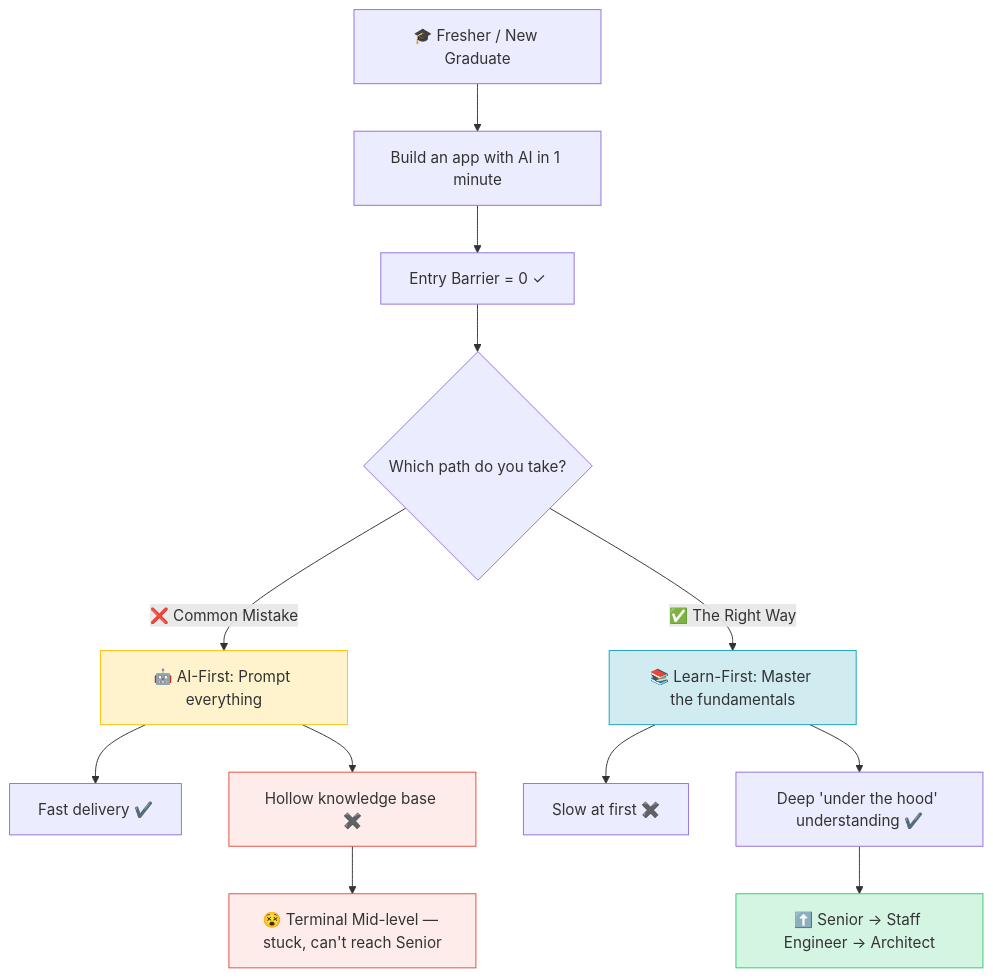
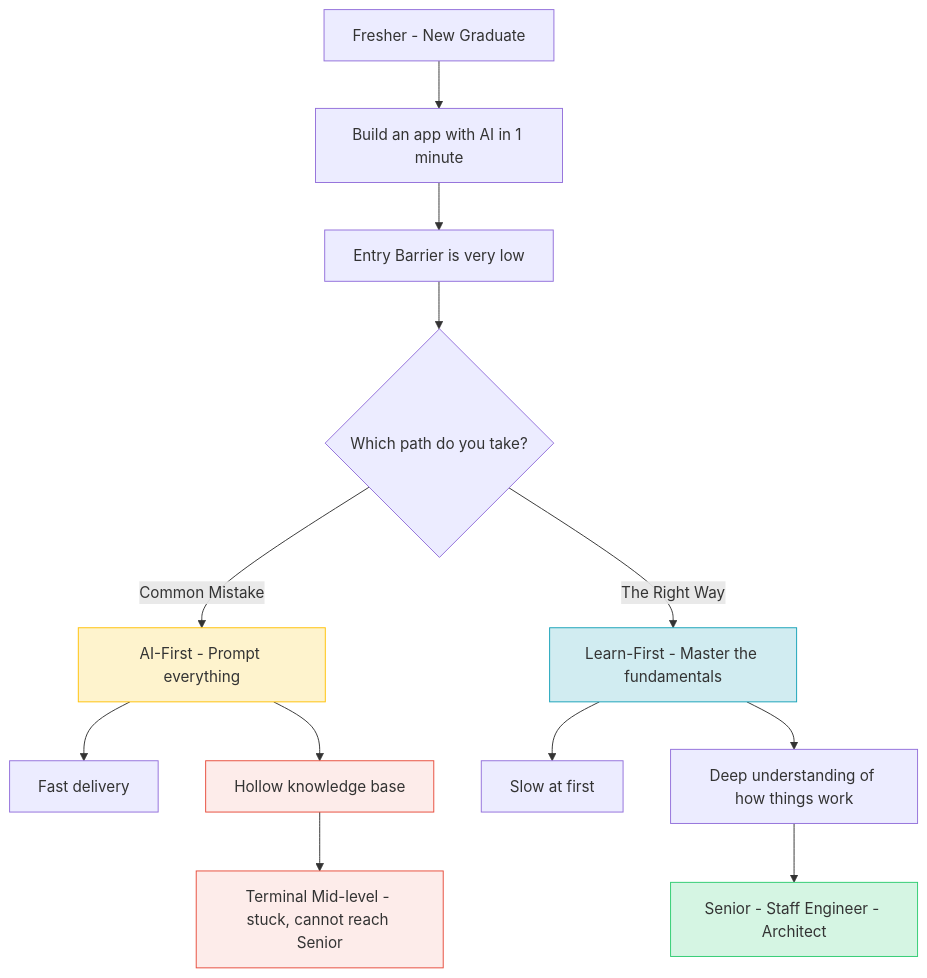
Before and after one commit to vesviet/vesviet: the diagram in content/series/ai-driven-engineer/part-8-the-junior-paradox.md, drawn with Mermaid. The commit also changed 1 other file, not shown here.

Commit message:
fix: remove emojis and special chars from mermaid diagrams

````diff
--- a/content/series/ai-driven-engineer/part-8-the-junior-paradox.md
+++ b/content/series/ai-driven-engineer/part-8-the-junior-paradox.md
@@ -36,23 +36,23 @@
 ```mermaid
 graph TD
-    A["🎓 Fresher / New Graduate"] --> B[Build an app with AI in 1 minute]
-    B --> C["Entry Barrier = 0 ✓"]
+    A[Fresher - New Graduate] --> B[Build an app with AI in 1 minute]
+    B --> C[Entry Barrier is very low]
     C --> D{Which path do you take?}
 
-    D -->|"❌ Common Mistake"| E["🤖 AI-First: Prompt everything"]
-    D -->|"✅ The Right Way"| F["📚 Learn-First: Master the fundamentals"]
+    D -->|Common Mistake| E[AI-First - Prompt everything]
+    D -->|The Right Way| F[Learn-First - Master the fundamentals]
 
-    E --> G["Fast delivery ✔️"]
-    E --> H["Hollow knowledge base ✖️"]
-    H --> I["😵 Terminal Mid-level — stuck, can't reach Senior"]
+    E --> G[Fast delivery]
+    E --> H[Hollow knowledge base]
+    H --> I[Terminal Mid-level - stuck, cannot reach Senior]
 
-    F --> J["Slow at first ✖️"]
-    F --> K["Deep 'under the hood' understanding ✔️"]
-    K --> L["⬆️ Senior → Staff Engineer → Architect"]
+    F --> J[Slow at first]
+    F --> K[Deep understanding of how things work]
+    K --> L[Senior - Staff Engineer - Architect]
 
     style E fill:#fef3cd,stroke:#ffc107
     style H fill:#fdecea,stroke:#e74c3c
     style I fill:#fdecea,stroke:#e74c3c
     style F fill:#d1ecf1,stroke:#17a2b8
     style L fill:#d5f5e3,stroke:#2ecc71
 ```
````
